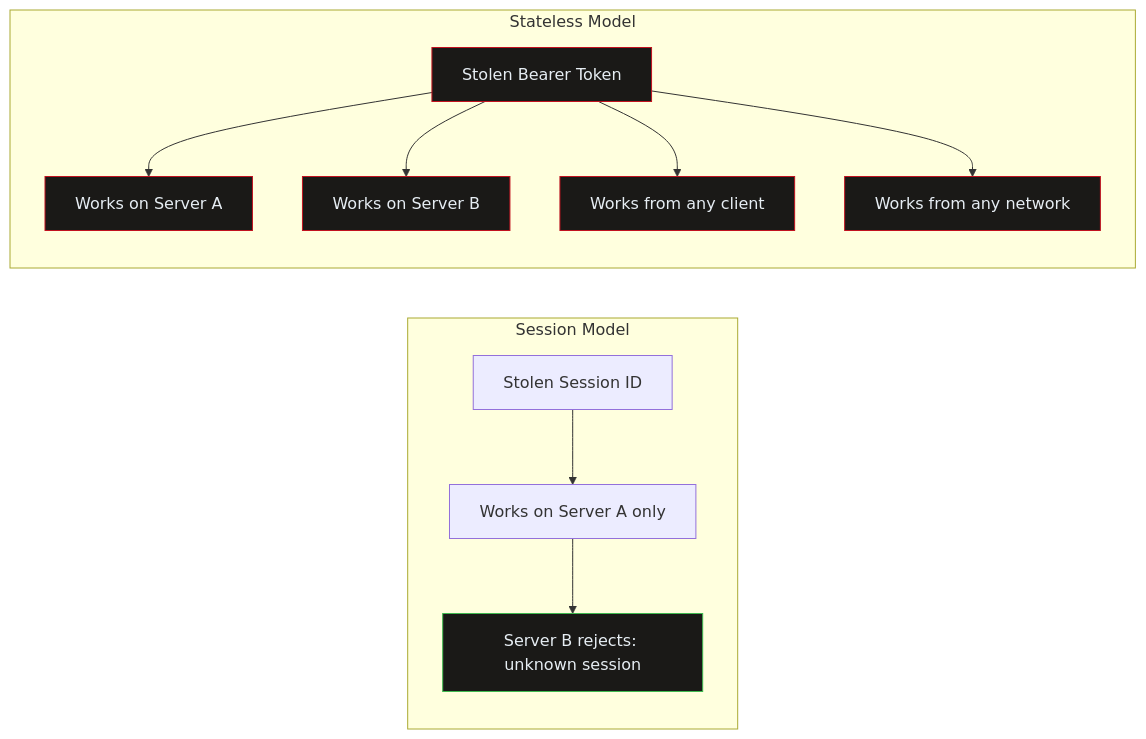
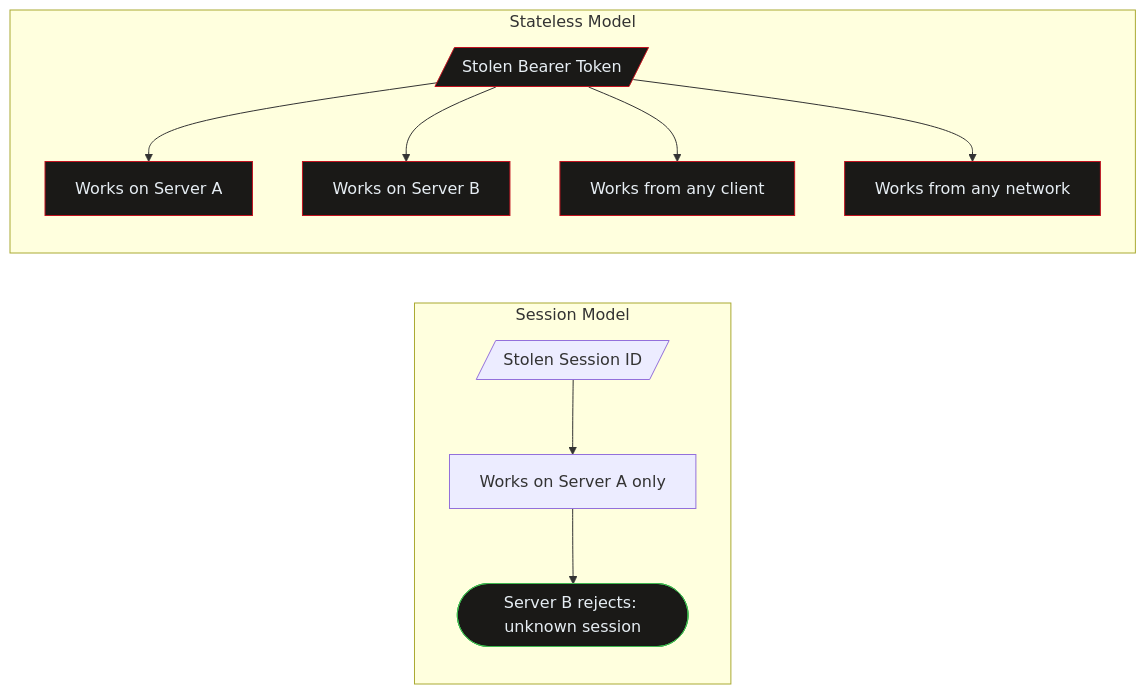
Before and after one commit to CyberdaemonAI/cyberdaemon-site: the first of 3 diagrams in src/content/analysis/mcp-stateless-security.mdx, drawn with Mermaid. The commit also changed other lines of this file and 23 other files, not shown here.

First line of the commit message:
style(diagrams): retrofit all mermaid diagrams to flowchart syntax site-wide

````diff
--- a/src/content/analysis/mcp-stateless-security.mdx
+++ b/src/content/analysis/mcp-stateless-security.mdx
@@ -77,19 +77,19 @@
 ```mermaid
-graph LR
-    subgraph "Session Model"
-        S1["Stolen Session ID"] --> S2["Works on Server A only"]
-        S2 --> S3["Server B rejects: unknown session"]
+flowchart LR
+    subgraph session["Session Model"]
+        S1[/Stolen Session ID/] --> S2[Works on Server A only]
+        S2 --> S3([Server B rejects: unknown session])
     end
-    subgraph "Stateless Model"
-        T1["Stolen Bearer Token"] --> T2["Works on Server A"]
-        T1 --> T3["Works on Server B"]
-        T1 --> T4["Works from any client"]
-        T1 --> T5["Works from any network"]
+    subgraph stateless["Stateless Model"]
+        T1[/Stolen Bearer Token/] --> T2[Works on Server A]
+        T1 --> T3[Works on Server B]
+        T1 --> T4[Works from any client]
+        T1 --> T5[Works from any network]
     end
     style T1 fill:#1a1917,stroke:#C1121F,color:#E6EDF3
     style T2 fill:#1a1917,stroke:#C1121F,color:#E6EDF3
     style T3 fill:#1a1917,stroke:#C1121F,color:#E6EDF3
     style T4 fill:#1a1917,stroke:#C1121F,color:#E6EDF3
     style T5 fill:#1a1917,stroke:#C1121F,color:#E6EDF3
     style S3 fill:#1a1917,stroke:#3FB950,color:#E6EDF3
 ```
````
